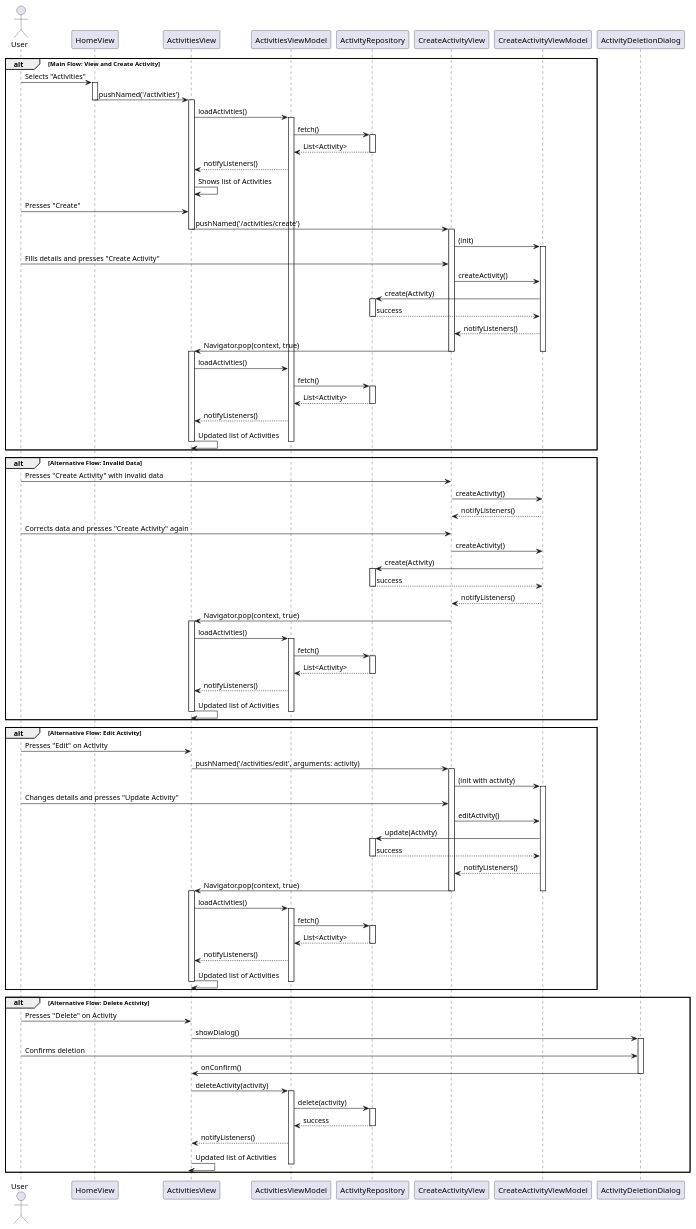
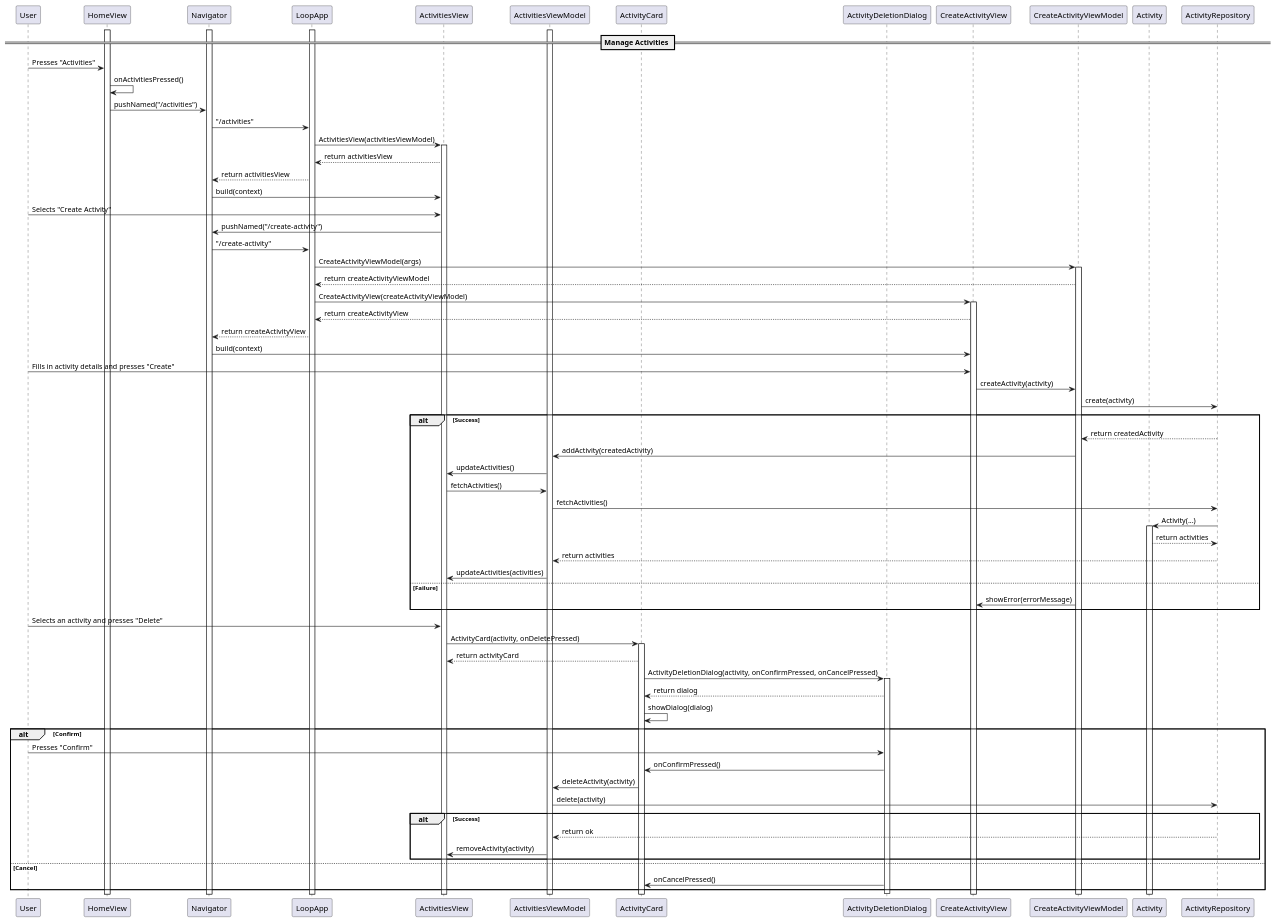
One commit to YannisRavasopoulos/ProjectSD_S6 changed the diagram in reports/sequence/manage-activities.plantuml. Above: the diagram before and after it, drawn with PlantUML.

Commit message:
Refactor activity management sequence diagram for clarity and structure

```diff
--- a/reports/sequence/manage-activities.plantuml
+++ b/reports/sequence/manage-activities.plantuml
@@ -1,142 +1,88 @@
 @startuml
-actor User
+
+participant User
 participant HomeView
+participant Navigator
+participant LoopApp
+
 participant ActivitiesView
 participant ActivitiesViewModel
-participant ActivityRepository
+participant ActivityCard
+participant ActivityDeletionDialog
+
 participant CreateActivityView
 participant CreateActivityViewModel
 
-alt Main Flow: View and Create Activity
-    User -> HomeView: Selects "Activities"
+participant Activity
+participant ActivityRepository
 
-    activate HomeView
-    HomeView -> ActivitiesView: pushNamed('/activities')
-    deactivate HomeView
-    activate ActivitiesView
-    ActivitiesView -> ActivitiesViewModel: loadActivities()
-    activate ActivitiesViewModel
-    ActivitiesViewModel -> ActivityRepository: fetch()
-    activate ActivityRepository
-    ActivityRepository --> ActivitiesViewModel: List<Activity>
-    deactivate ActivityRepository
-    ActivitiesViewModel --> ActivitiesView: notifyListeners()
-    ActivitiesView -> ActivitiesView: Shows list of Activities
 
-    User -> ActivitiesView: Presses "Create"
-    ActivitiesView -> CreateActivityView: pushNamed('/activities/create')
-    deactivate ActivitiesView
-    activate CreateActivityView
-    CreateActivityView -> CreateActivityViewModel: (init)
-    activate CreateActivityViewModel
+activate LoopApp
+activate Navigator
+activate HomeView
+activate ActivitiesViewModel
 
-    User -> CreateActivityView: Fills details and presses "Create Activity"
-    CreateActivityView -> CreateActivityViewModel: createActivity()
-    CreateActivityViewModel -> ActivityRepository: create(Activity)
+== Manage Activities ==
+User -> HomeView: Presses "Activities"
+HomeView -> HomeView: onActivitiesPressed()
+HomeView -> Navigator: pushNamed("/activities")
+Navigator -> LoopApp: "/activities"
+LoopApp -> ActivitiesView: ActivitiesView(activitiesViewModel)
+activate ActivitiesView
+ActivitiesView --> LoopApp: return activitiesView
+LoopApp --> Navigator: return activitiesView
+Navigator -> ActivitiesView: build(context)
+User -> ActivitiesView: Selects "Create Activity"
+ActivitiesView -> Navigator: pushNamed("/create-activity")
+Navigator -> LoopApp: "/create-activity"
+LoopApp -> CreateActivityViewModel: CreateActivityViewModel(args)
+activate CreateActivityViewModel
+CreateActivityViewModel --> LoopApp: return createActivityViewModel
+LoopApp -> CreateActivityView: CreateActivityView(createActivityViewModel)
+activate CreateActivityView
+CreateActivityView --> LoopApp: return createActivityView
+LoopApp --> Navigator: return createActivityView
+Navigator -> CreateActivityView: build(context)
+User -> CreateActivityView: Fills in activity details and presses "Create"
+CreateActivityView -> CreateActivityViewModel: createActivity(activity)
+CreateActivityViewModel -> ActivityRepository: create(activity)
+alt Success
+    ActivityRepository --> CreateActivityViewModel: return createdActivity
+    CreateActivityViewModel -> ActivitiesViewModel: addActivity(createdActivity)
+    ActivitiesViewModel -> ActivitiesView: updateActivities()
+    ActivitiesView -> ActivitiesViewModel: fetchActivities()
+    ActivitiesViewModel -> ActivityRepository: fetchActivities()
+    ActivityRepository -> Activity: Activity(...)
+    activate Activity
+    Activity --> ActivityRepository: return activities
+    ActivityRepository --> ActivitiesViewModel: return activities
+    ActivitiesViewModel -> ActivitiesView: updateActivities(activities)
+else Failure
+    CreateActivityViewModel -> CreateActivityView: showError(errorMessage)
+end
+User -> ActivitiesView: Selects an activity and presses "Delete"
+ActivitiesView -> ActivityCard: ActivityCard(activity, onDeletePressed)
+activate ActivityCard
+ActivityCard --> ActivitiesView: return activityCard
+ActivityCard -> ActivityDeletionDialog: ActivityDeletionDialog(activity, onConfirmPressed, onCancelPressed)
+activate ActivityDeletionDialog
+ActivityDeletionDialog --> ActivityCard: return dialog
+ActivityCard -> ActivityCard: showDialog(dialog)
+alt Confirm
+User -> ActivityDeletionDialog: Presses "Confirm"
+ActivityDeletionDialog -> ActivityCard: onConfirmPressed()
+ActivityCard -> ActivitiesViewModel: deleteActivity(activity)
+ActivitiesViewModel -> ActivityRepository: delete(activity)
+alt Success
+    ActivityRepository --> ActivitiesViewModel: return ok
+    ActivitiesViewModel -> ActivitiesView: removeActivity(activity)
+end
+else Cancel
+    ActivityDeletionDialog -> ActivityCard: onCancelPressed()
+end
+deactivate ActivityDeletionDialog
 
-    activate ActivityRepository
-    ActivityRepository --> CreateActivityViewModel: success
-    deactivate ActivityRepository
-    CreateActivityViewModel --> CreateActivityView: notifyListeners()
-    CreateActivityView -> ActivitiesView: Navigator.pop(context, true)
-    deactivate CreateActivityViewModel
-    deactivate CreateActivityView
 
-    activate ActivitiesView
-    ActivitiesView -> ActivitiesViewModel: loadActivities()
-    ActivitiesViewModel -> ActivityRepository: fetch()
-    activate ActivityRepository
-    ActivityRepository --> ActivitiesViewModel: List<Activity>
-    deactivate ActivityRepository
-    ActivitiesViewModel --> ActivitiesView: notifyListeners()
-    ActivitiesView -> ActivitiesView: Updated list of Activities
-    deactivate ActivitiesViewModel
-    deactivate ActivitiesView
-end alt
 
-alt Alternative Flow: Invalid Data
-    activate CreateActivityView
-    activate CreateActivityViewModel
-    User -> CreateActivityView: Presses "Create Activity" with invalid data
-    CreateActivityView -> CreateActivityViewModel: createActivity()
-    CreateActivityViewModel --> CreateActivityView: notifyListeners()
-    User -> CreateActivityView: Corrects data and presses "Create Activity" again
-    CreateActivityView -> CreateActivityViewModel: createActivity()
-    CreateActivityViewModel -> ActivityRepository: create(Activity)
-    activate ActivityRepository
-    ActivityRepository --> CreateActivityViewModel: success
-    deactivate ActivityRepository
-    CreateActivityViewModel --> CreateActivityView: notifyListeners()
-    CreateActivityView -> ActivitiesView: Navigator.pop(context, true)
-    deactivate CreateActivityViewModel
-    deactivate CreateActivityView
 
-    activate ActivitiesView
-    ActivitiesView -> ActivitiesViewModel: loadActivities()
-    activate ActivitiesViewModel
-    ActivitiesViewModel -> ActivityRepository: fetch()
-    activate ActivityRepository
-    ActivityRepository --> ActivitiesViewModel: List<Activity>
-    deactivate ActivityRepository
-    ActivitiesViewModel --> ActivitiesView: notifyListeners()
-    ActivitiesView -> ActivitiesView: Updated list of Activities
-    deactivate ActivitiesViewModel
-    deactivate ActivitiesView
-end alt
-
-alt Alternative Flow: Edit Activity
-    activate ActivitiesView
-    User -> ActivitiesView: Presses "Edit" on Activity
-    ActivitiesView -> CreateActivityView: pushNamed('/activities/edit', arguments: activity)
-    deactivate ActivitiesView
-
-    activate CreateActivityView
-    CreateActivityView -> CreateActivityViewModel: (init with activity)
-    activate CreateActivityViewModel
-
-    User -> CreateActivityView: Changes details and presses "Update Activity"
-    CreateActivityView -> CreateActivityViewModel: editActivity()
-    CreateActivityViewModel -> ActivityRepository: update(Activity)
-
-    activate ActivityRepository
-    ActivityRepository --> CreateActivityViewModel: success
-    deactivate ActivityRepository
-    CreateActivityViewModel --> CreateActivityView: notifyListeners()
-    CreateActivityView -> ActivitiesView: Navigator.pop(context, true)
-    deactivate CreateActivityViewModel
-    deactivate CreateActivityView
-
-    activate ActivitiesView
-    ActivitiesView -> ActivitiesViewModel: loadActivities()
-    activate ActivitiesViewModel
-    ActivitiesViewModel -> ActivityRepository: fetch()
-    activate ActivityRepository
-    ActivityRepository --> ActivitiesViewModel: List<Activity>
-    deactivate ActivityRepository
-    ActivitiesViewModel --> ActivitiesView: notifyListeners()
-    ActivitiesView -> ActivitiesView: Updated list of Activities
-    deactivate ActivitiesViewModel
-    deactivate ActivitiesView
-end alt
-
-alt Alternative Flow: Delete Activity
-    activate ActivitiesView
-    User -> ActivitiesView: Presses "Delete" on Activity
-    ActivitiesView -> ActivityDeletionDialog: showDialog()
-    activate ActivityDeletionDialog
-    User -> ActivityDeletionDialog: Confirms deletion
-    ActivityDeletionDialog -> ActivitiesView: onConfirm()
-    deactivate ActivityDeletionDialog
-    ActivitiesView -> ActivitiesViewModel: deleteActivity(activity)
-    activate ActivitiesViewModel
-    ActivitiesViewModel -> ActivityRepository: delete(activity)
-    activate ActivityRepository
-    ActivityRepository --> ActivitiesViewModel: success
-    deactivate ActivityRepository
-    ActivitiesViewModel --> ActivitiesView: notifyListeners()
-    ActivitiesView -> ActivitiesView: Updated list of Activities
-    deactivate ActivitiesViewModel
-    deactivate ActivitiesView
-
-end alt
 @enduml
```
